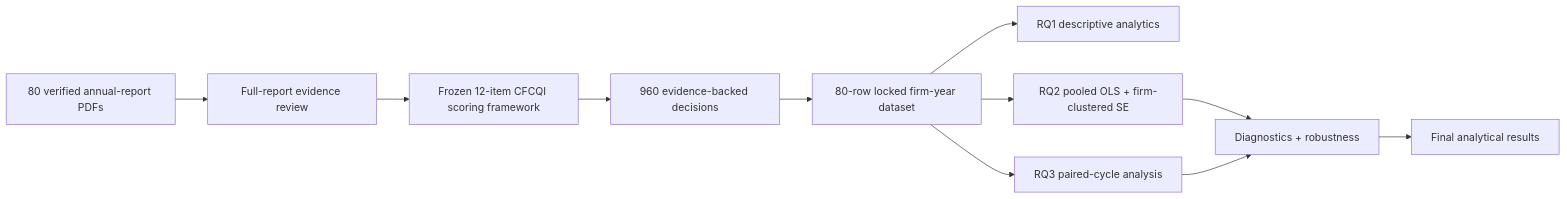
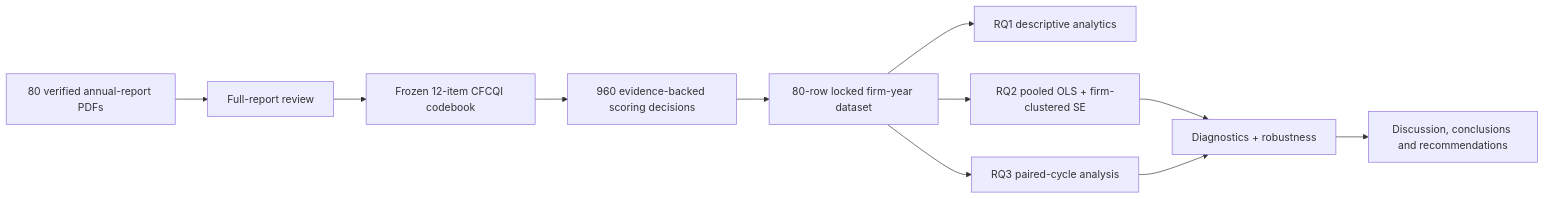
Before and after one commit to madireddyvasu/16814044-cfcqi-climate-disclosure: the diagram in README.md, drawn with Mermaid. The commit also changed other lines of this file and 61 other files, not shown here.

Commit message:
feat: publish cleaned final CFCQI repository artefacts

````diff
--- a/README.md
+++ b/README.md
@@ -22,13 +74,13 @@
 ```mermaid
 flowchart LR
-    A[80 verified annual-report PDFs] --> B[Full-report evidence review]
-    B --> C[Frozen 12-item CFCQI scoring framework]
-    C --> D[960 evidence-backed decisions]
+    A[80 verified annual-report PDFs] --> B[Full-report review]
+    B --> C[Frozen 12-item CFCQI codebook]
+    C --> D[960 evidence-backed scoring decisions]
     D --> E[80-row locked firm-year dataset]
     E --> F[RQ1 descriptive analytics]
     E --> G[RQ2 pooled OLS + firm-clustered SE]
     E --> H[RQ3 paired-cycle analysis]
     G --> I[Diagnostics + robustness]
     H --> I
-    I --> J[Final analytical results]
+    I --> J[Discussion, conclusions and recommendations]
 ```
````
